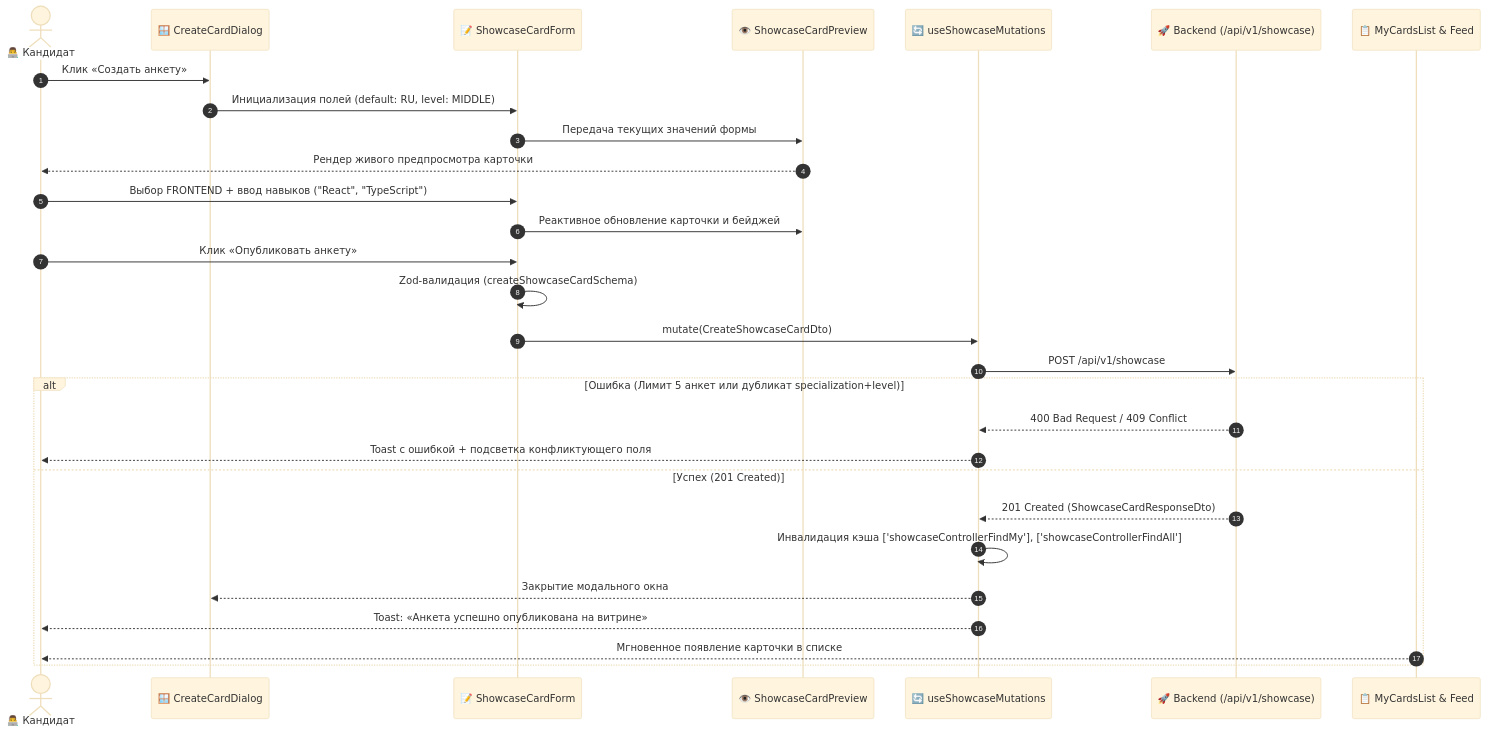
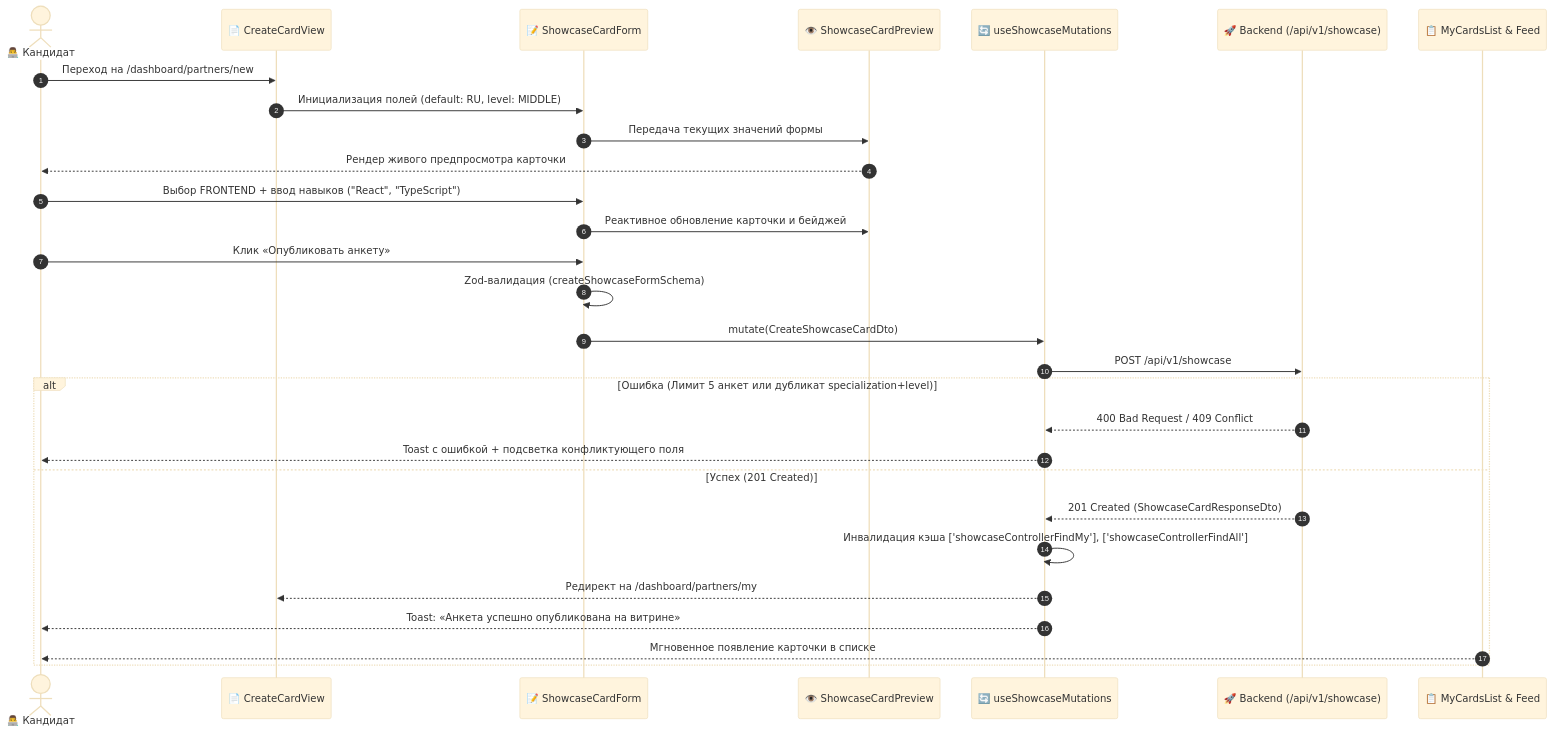
One commit to Riko4502/MockInterviewAI changed the diagram in docs/tasks/showcase-frontend.md. Above: the diagram before and after it, drawn with Mermaid (base theme). The commit also changed other lines of this file and 24 other files, not shown here.

````diff
--- a/docs/tasks/showcase-frontend.md
+++ b/docs/tasks/showcase-frontend.md
@@ -33,35 +33,35 @@
 ```mermaid
 sequenceDiagram
     autonumber
     actor User as 👨‍💻 Кандидат
-    participant Dialog as 🪟 CreateCardDialog
+    participant View as 📄 CreateCardView
     participant Form as 📝 ShowcaseCardForm
     participant Preview as 👁️ ShowcaseCardPreview
     participant Mutation as 🔄 useShowcaseMutations
     participant API as 🚀 Backend (/api/v1/showcase)
     participant Feed as 📋 MyCardsList & Feed
 
-    User->>Dialog: Клик «Создать анкету»
-    Dialog->>Form: Инициализация полей (default: RU, level: MIDDLE)
+    User->>View: Переход на /dashboard/partners/new
+    View->>Form: Инициализация полей (default: RU, level: MIDDLE)
     Form->>Preview: Передача текущих значений формы
     Preview-->>User: Рендер живого предпросмотра карточки
 
     User->>Form: Выбор FRONTEND + ввод навыков ("React", "TypeScript")
     Form->>Preview: Реактивное обновление карточки и бейджей
 
     User->>Form: Клик «Опубликовать анкету»
-    Form->>Form: Zod-валидация (createShowcaseCardSchema)
+    Form->>Form: Zod-валидация (createShowcaseFormSchema)
     Form->>Mutation: mutate(CreateShowcaseCardDto)
     Mutation->>API: POST /api/v1/showcase
 
     alt Ошибка (Лимит 5 анкет или дубликат specialization+level)
         API-->>Mutation: 400 Bad Request / 409 Conflict
         Mutation-->>User: Toast с ошибкой + подсветка конфликтующего поля
     else Успех (201 Created)
         API-->>Mutation: 201 Created (ShowcaseCardResponseDto)
         Mutation->>Mutation: Инвалидация кэша ['showcaseControllerFindMy'], ['showcaseControllerFindAll']
-        Mutation-->>Dialog: Закрытие модального окна
+        Mutation-->>View: Редирект на /dashboard/partners/my
         Mutation-->>User: Toast: «Анкета успешно опубликована на витрине»
         Feed-->>User: Мгновенное появление карточки в списке
     end
 ```
````
